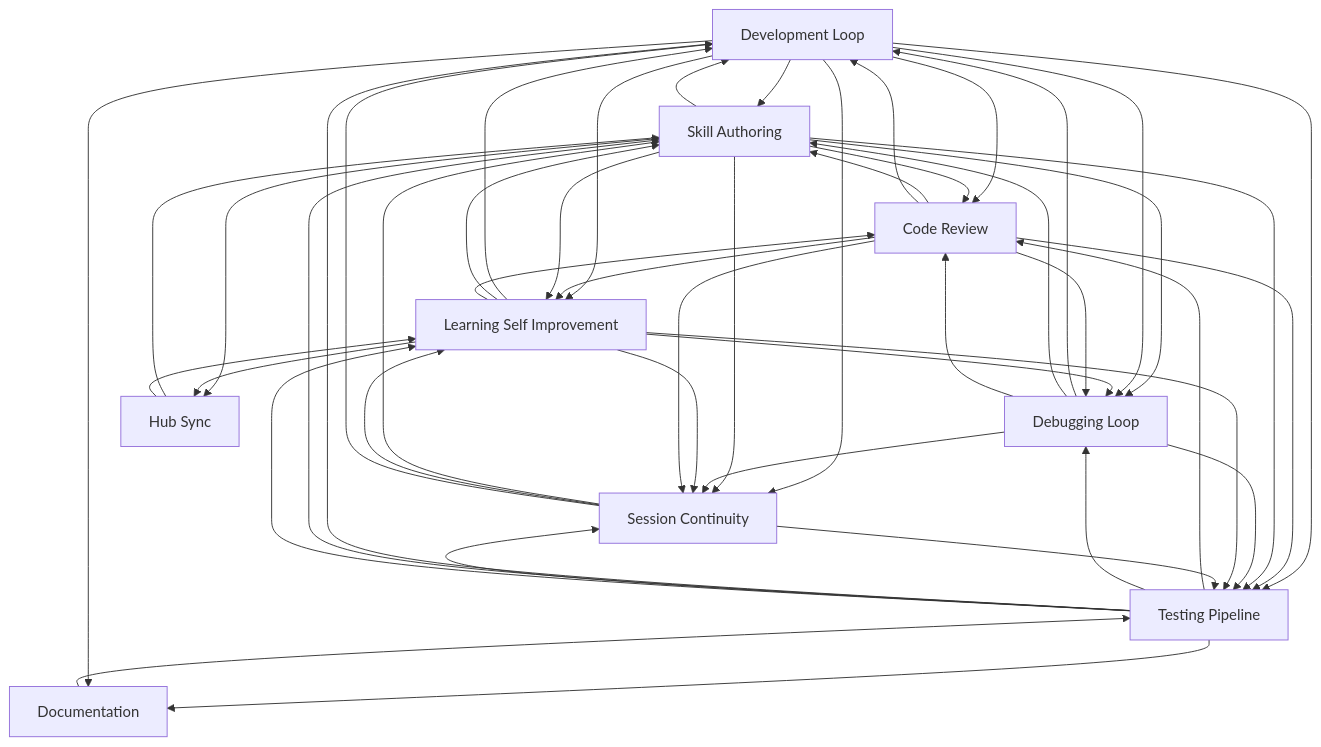
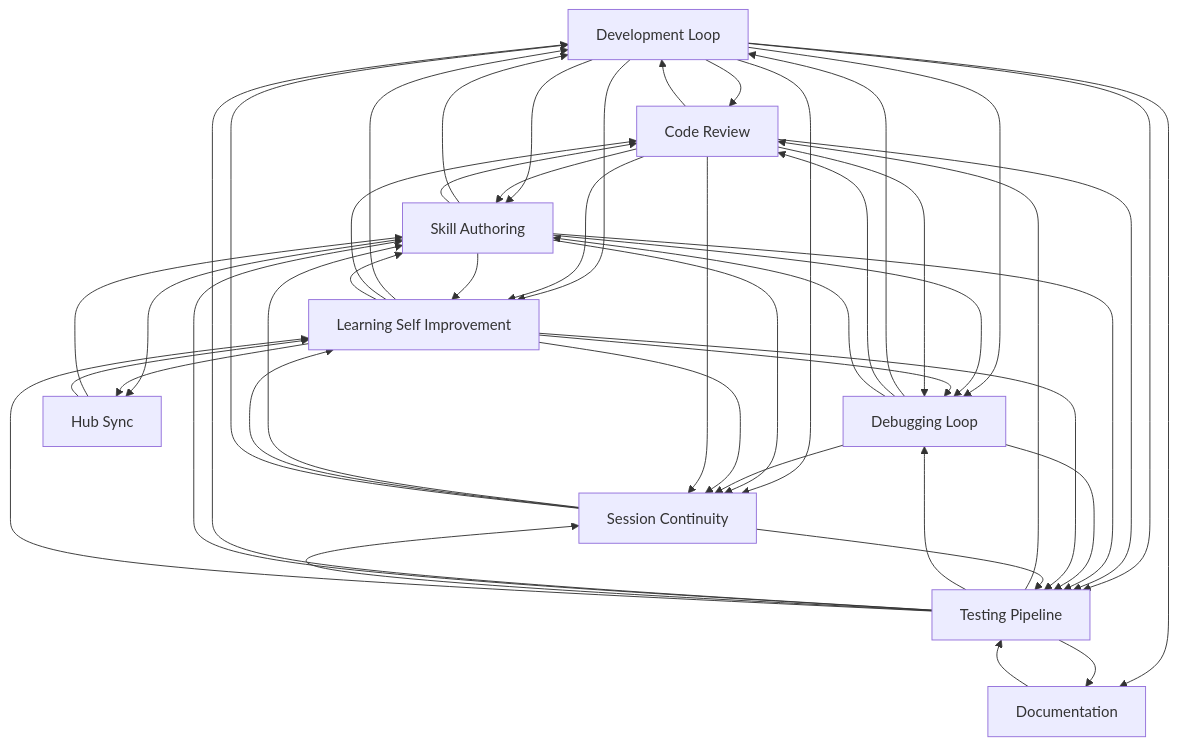
The diagram in docs/workflows/INDEX.md (abhayla/claude-best-practices), drawn with Mermaid before and after one commit. The commit also changed other lines of this file and 13 other files, not shown here.

````diff
--- a/docs/workflows/INDEX.md
+++ b/docs/workflows/INDEX.md
@@ -21,58 +21,58 @@
 ```mermaid
 graph TD
     development_loop[Development Loop]
     testing_pipeline[Testing Pipeline]
     debugging_loop[Debugging Loop]
     learning_self_improvement[Learning Self Improvement]
     session_continuity[Session Continuity]
     skill_authoring[Skill Authoring]
     code_review[Code Review]
     documentation[Documentation]
     hub_sync[Hub Sync]
     documentation --> testing_pipeline
+    development_loop --> code_review
     development_loop --> skill_authoring
-    development_loop --> code_review
+    code_review --> development_loop
     code_review --> skill_authoring
-    code_review --> development_loop
     development_loop --> learning_self_improvement
     development_loop --> testing_pipeline
     code_review --> learning_self_improvement
     code_review --> testing_pipeline
     testing_pipeline --> code_review
     testing_pipeline --> debugging_loop
     testing_pipeline --> development_loop
     testing_pipeline --> skill_authoring
     skill_authoring --> development_loop
     skill_authoring --> code_review
     skill_authoring --> learning_self_improvement
     skill_authoring --> testing_pipeline
     development_loop --> session_continuity
     skill_authoring --> session_continuity
     testing_pipeline --> session_continuity
     debugging_loop --> development_loop
     debugging_loop --> session_continuity
+    development_loop --> debugging_loop
     skill_authoring --> debugging_loop
-    development_loop --> debugging_loop
+    debugging_loop --> code_review
     debugging_loop --> skill_authoring
     debugging_loop --> testing_pipeline
-    debugging_loop --> code_review
     learning_self_improvement --> development_loop
+    learning_self_improvement --> code_review
     learning_self_improvement --> debugging_loop
     learning_self_improvement --> skill_authoring
     learning_self_improvement --> testing_pipeline
-    learning_self_improvement --> code_review
     code_review --> debugging_loop
     learning_self_improvement --> session_continuity
+    code_review --> session_continuity
     testing_pipeline --> learning_self_improvement
-    code_review --> session_continuity
     session_continuity --> skill_authoring
     session_continuity --> learning_self_improvement
+    development_loop --> documentation
     testing_pipeline --> documentation
-    development_loop --> documentation
     session_continuity --> development_loop
     session_continuity --> testing_pipeline
     skill_authoring --> hub_sync
     learning_self_improvement --> hub_sync
     hub_sync --> skill_authoring
     hub_sync --> learning_self_improvement
 ```
````
